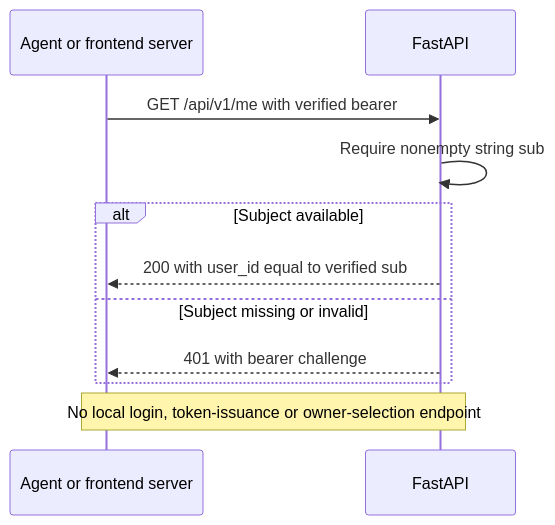
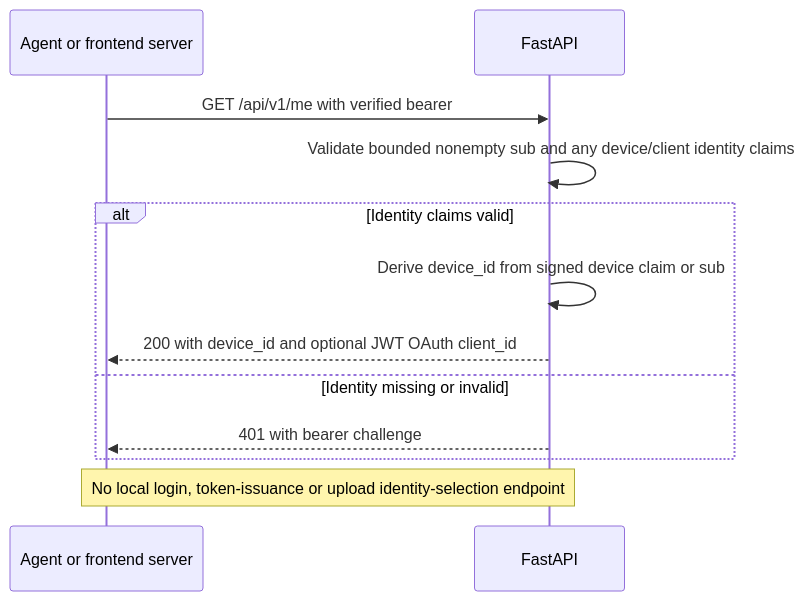
The seventh of 24 diagrams in docs/IMPLEMENTATION_STATUS.md (lucagiorgino/http-logger-collector), drawn with Mermaid before and after one commit. The commit also changed other lines of this file and 7 other files, not shown here.

First line of the commit message:
docs: update architecture and operational guidance

````diff
--- a/docs/IMPLEMENTATION_STATUS.md
+++ b/docs/IMPLEMENTATION_STATUS.md
@@ -419,13 +529,14 @@
 ```mermaid
 sequenceDiagram
     participant Caller as Agent or frontend server
     participant API as FastAPI
     Caller->>API: GET /api/v1/me with verified bearer
-    API->>API: Require nonempty string sub
-    alt Subject available
-        API-->>Caller: 200 with user_id equal to verified sub
-    else Subject missing or invalid
+    API->>API: Validate bounded nonempty sub and any device/client identity claims
+    alt Identity claims valid
+        API->>API: Derive device_id from signed device claim or sub
+        API-->>Caller: 200 with device_id and optional JWT OAuth client_id
+    else Identity missing or invalid
         API-->>Caller: 401 with bearer challenge
     end
-    Note over Caller,API: No local login, token-issuance or owner-selection endpoint
+    Note over Caller,API: No local login, token-issuance or upload identity-selection endpoint
 ```
````
